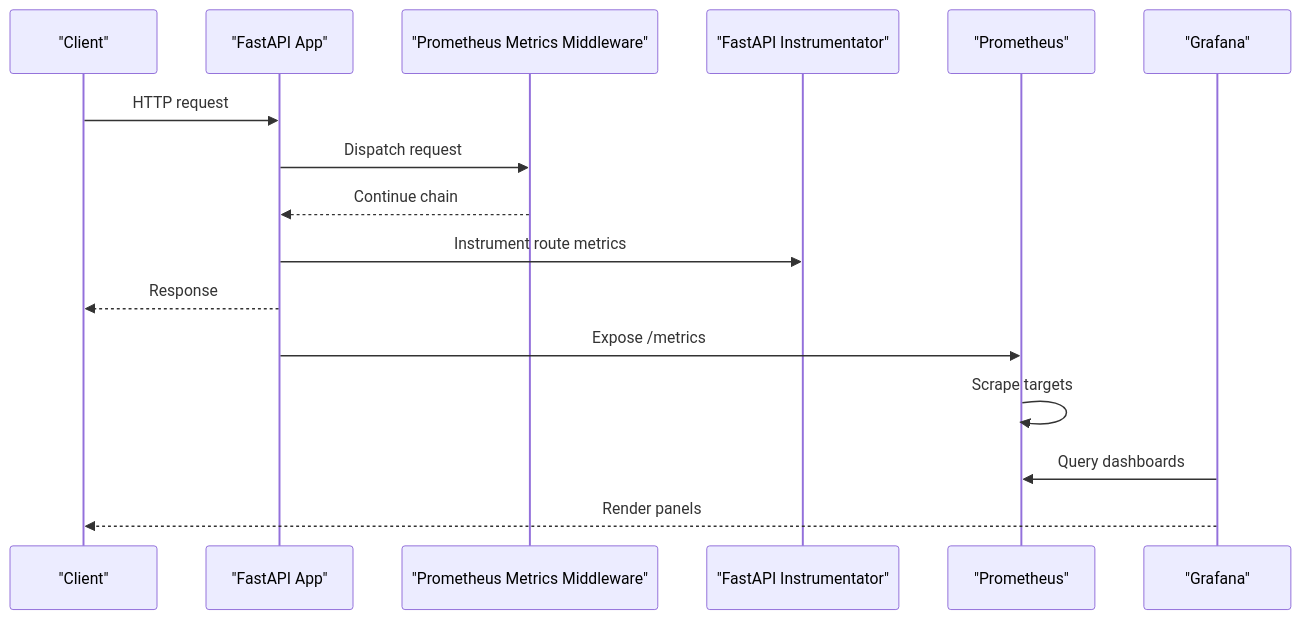
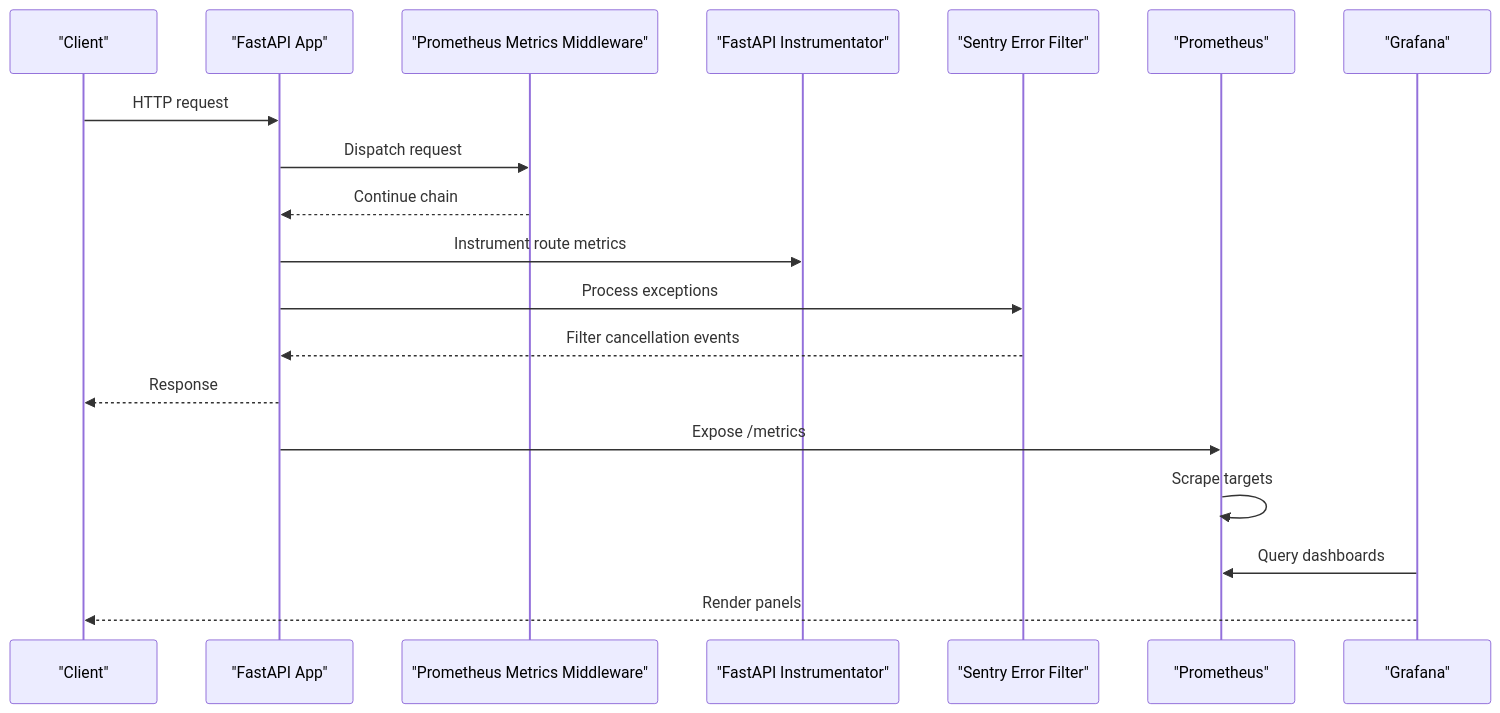
One commit to rohitkumarnaidu/-Auto-AI-Automated-Academic-Docx-Manuscript-Formatter changed the second of 9 diagrams in .qoder/repowiki/en/content/Backend Development/Monitoring & Metrics.md. Above: the diagram before and after it, drawn with Mermaid. The commit also changed other lines of this file and 4 other files, not shown here.

````diff
--- a/.qoder/repowiki/en/content/Backend Development/Monitoring & Metrics.md
+++ b/.qoder/repowiki/en/content/Backend Development/Monitoring & Metrics.md
@@ -121,18 +143,21 @@
 ```mermaid
 sequenceDiagram
 participant Client as "Client"
 participant App as "FastAPI App"
 participant PromMW as "Prometheus Metrics Middleware"
 participant Inst as "FastAPI Instrumentator"
+participant Sentry as "Sentry Error Filter"
 participant Prom as "Prometheus"
 participant Graf as "Grafana"
 Client->>App : HTTP request
 App->>PromMW : Dispatch request
 PromMW-->>App : Continue chain
 App->>Inst : Instrument route metrics
+App->>Sentry : Process exceptions
+Sentry-->>App : Filter cancellation events
 App-->>Client : Response
 App->>Prom : Expose /metrics
 Prom->>Prom : Scrape targets
 Graf->>Prom : Query dashboards
 Graf-->>Client : Render panels
 ```
````
